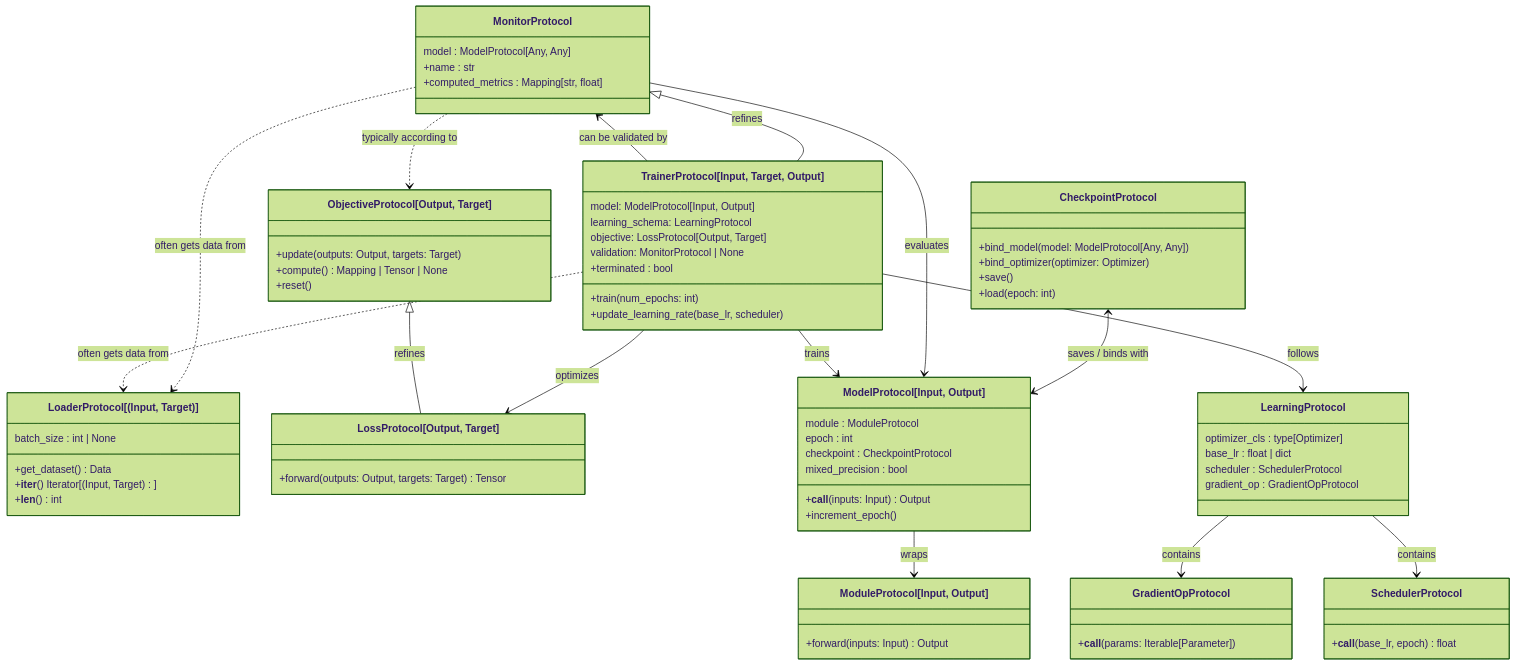
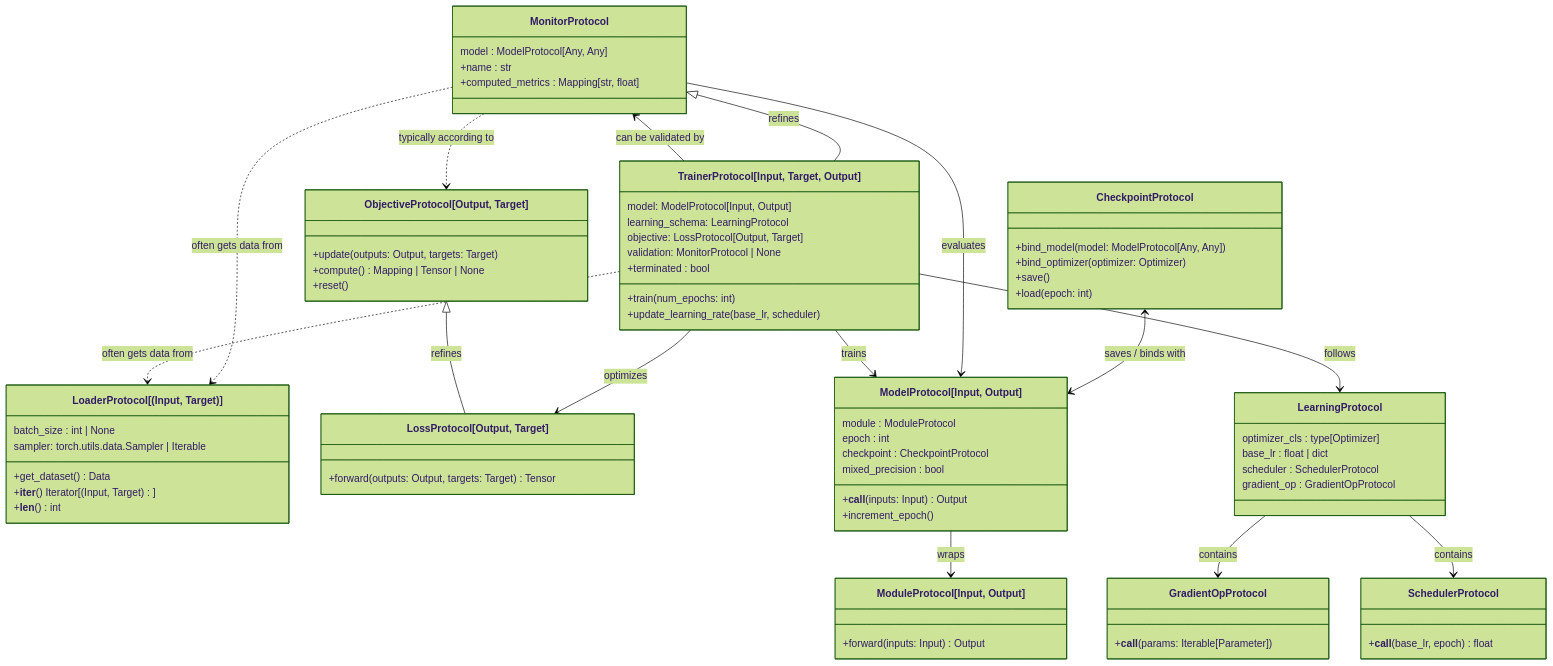
The diagram in docs/architecture.md (nverchev/drytorch), drawn with Mermaid (forest theme) before and after one commit.

Commit message:
docs: added LoaderProtocol's sampler attribute

```diff
--- a/docs/architecture.md
+++ b/docs/architecture.md
@@ -27,6 +27,7 @@
 direction TB
     class LoaderProtocol["LoaderProtocol[(Input, Target)]"] {
 	    batch_size : int | None
+        sampler: torch.utils.data.Sampler | Iterable
 	    +get_dataset() Data
 	    +__iter__() Iterator[(Input, Target) ]
 	    +__len__() int
```
